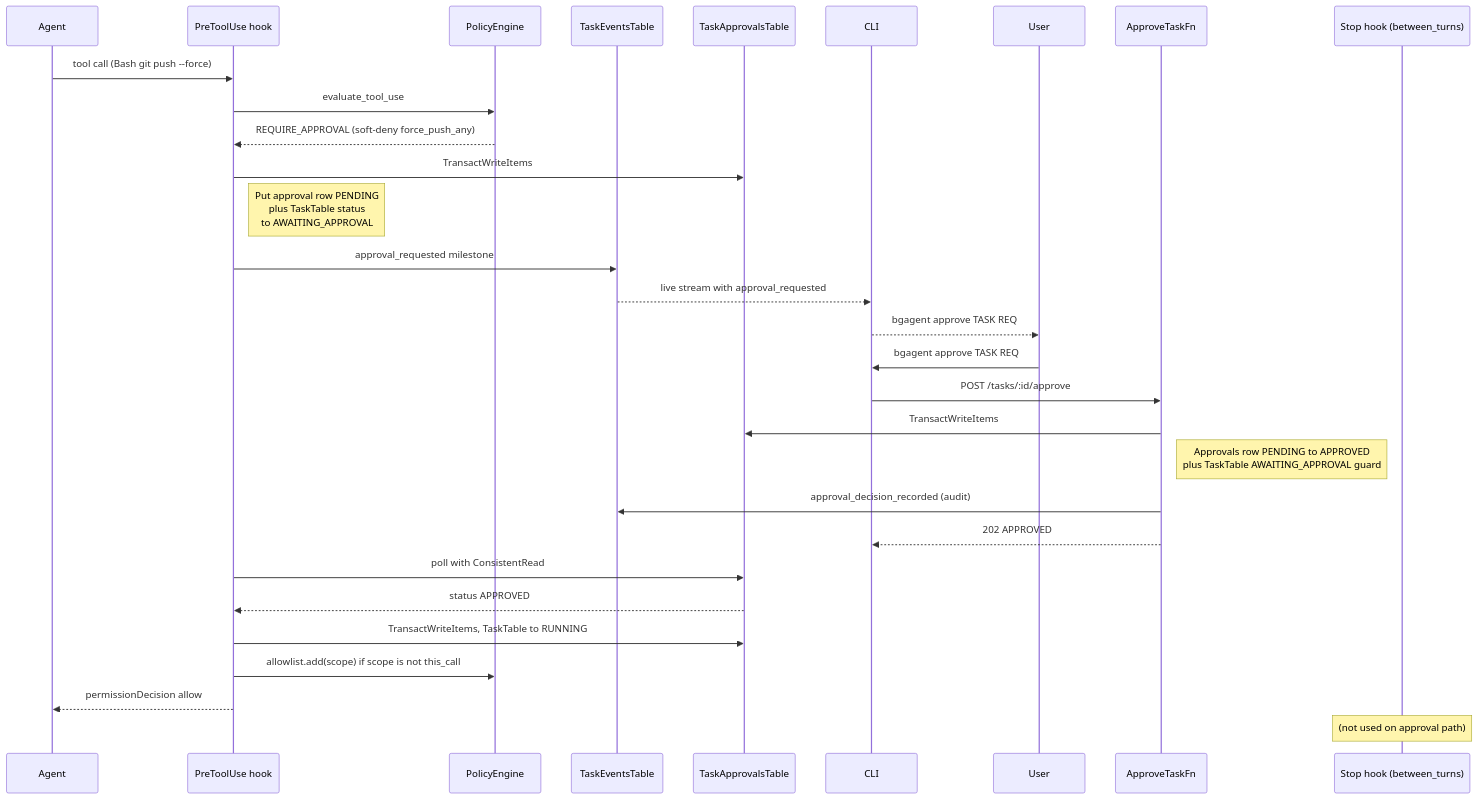
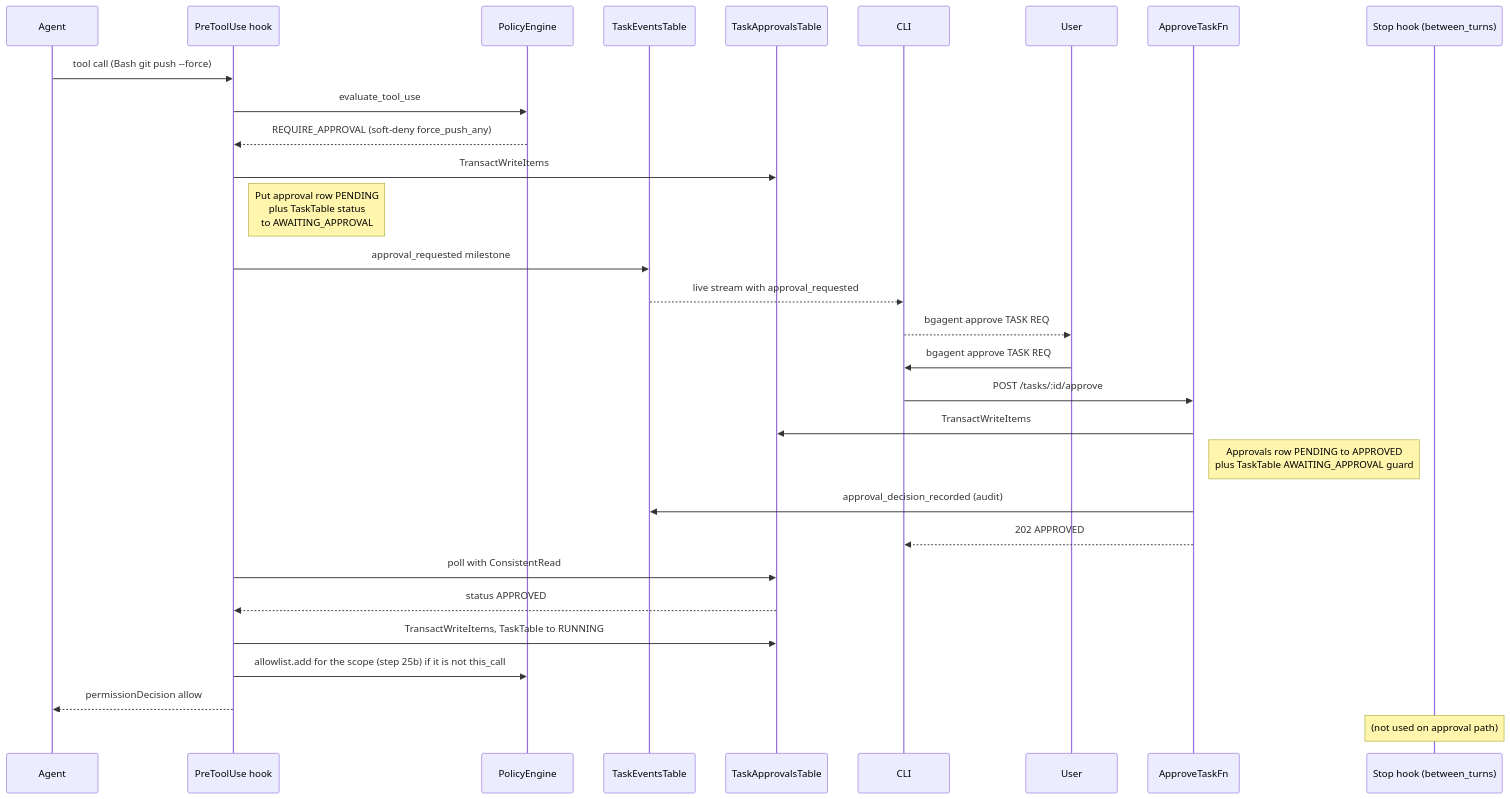
One commit to aws-samples/sample-autonomous-cloud-coding-agents changed the second of 6 diagrams in docs/src/content/docs/architecture/Cedar-hitl-gates.md. Above: the diagram before and after it, drawn with Mermaid. The commit also changed other lines of this file and 21 other files, not shown here.

````diff
--- a/docs/src/content/docs/architecture/Cedar-hitl-gates.md
+++ b/docs/src/content/docs/architecture/Cedar-hitl-gates.md
@@ -295,33 +295,33 @@
 ```mermaid
 sequenceDiagram
     participant Agent
     participant Hook as PreToolUse hook
     participant Engine as PolicyEngine
     participant Events as TaskEventsTable
     participant Approvals as TaskApprovalsTable
     participant CLI
     participant User
     participant Lambda as ApproveTaskFn
     participant Stop as Stop hook (between_turns)
 
     Agent->>Hook: tool call (Bash git push --force)
     Hook->>Engine: evaluate_tool_use
     Engine-->>Hook: REQUIRE_APPROVAL (soft-deny force_push_any)
     Hook->>Approvals: TransactWriteItems
     Note right of Hook: Put approval row PENDING<br/>plus TaskTable status<br/>to AWAITING_APPROVAL
     Hook->>Events: approval_requested milestone
     Events-->>CLI: live stream with approval_requested
     CLI-->>User: bgagent approve TASK REQ
     User->>CLI: bgagent approve TASK REQ
     CLI->>Lambda: POST /tasks/:id/approve
     Lambda->>Approvals: TransactWriteItems
     Note right of Lambda: Approvals row PENDING to APPROVED<br/>plus TaskTable AWAITING_APPROVAL guard
     Lambda->>Events: approval_decision_recorded (audit)
     Lambda-->>CLI: 202 APPROVED
     Hook->>Approvals: poll with ConsistentRead
     Approvals-->>Hook: status APPROVED
     Hook->>Approvals: TransactWriteItems, TaskTable to RUNNING
-    Hook->>Engine: allowlist.add(scope) if scope is not this_call
+    Hook->>Engine: allowlist.add for the scope (step 25b) if it is not this_call
     Hook-->>Agent: permissionDecision allow
     Note over Stop: (not used on approval path)
 ```
````
